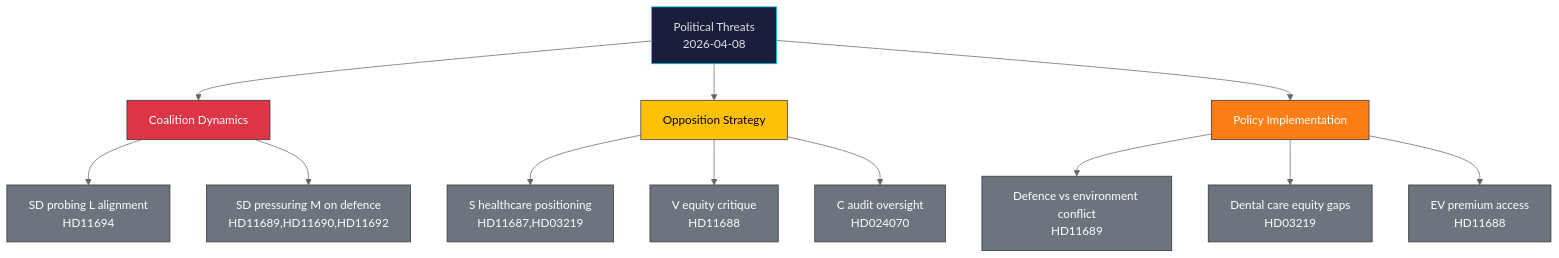
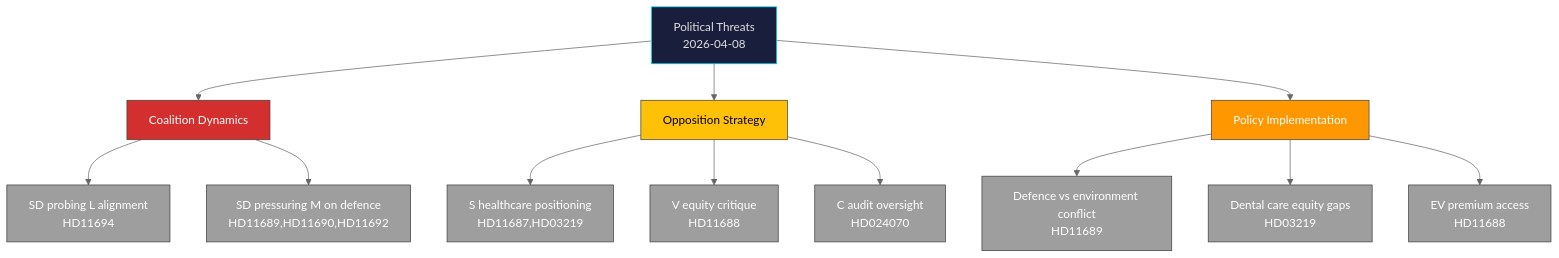
Before and after one commit to Hack23/riksdagsmonitor: the diagram in analysis/daily/2026-04-08/realtime-1027/threat-analysis.md, drawn with Mermaid (neutral theme). The commit also changed 785 other files, not shown here.

First line of the commit message:
Normalize mermaid colors across 786 analysis artifacts to ISMS Style Guide palette

````diff
--- a/analysis/daily/2026-04-08/realtime-1027/threat-analysis.md
+++ b/analysis/daily/2026-04-08/realtime-1027/threat-analysis.md
@@ -10,30 +10,30 @@
 ```mermaid
 graph TD
     A["Political Threats<br/>2026-04-08"] --> B["Coalition Dynamics"]
     A --> C["Opposition Strategy"]
     A --> D["Policy Implementation"]
     
     B --> B1["SD probing L alignment<br/>HD11694"]
     B --> B2["SD pressuring M on defence<br/>HD11689,HD11690,HD11692"]
     
     C --> C1["S healthcare positioning<br/>HD11687,HD03219"]
     C --> C2["V equity critique<br/>HD11688"]
     C --> C3["C audit oversight<br/>HD024070"]
     
     D --> D1["Defence vs environment conflict<br/>HD11689"]
     D --> D2["Dental care equity gaps<br/>HD03219"]
     D --> D3["EV premium access<br/>HD11688"]
     
     style A fill:#1a1e3d,stroke:#00d9ff,color:#e0e0e0
-    style B fill:#dc3545,stroke:#333,color:#fff
-    style C fill:#ffc107,stroke:#333,color:#000
-    style D fill:#fd7e14,stroke:#333,color:#fff
-    style B1 fill:#6c757d,stroke:#333,color:#fff
-    style B2 fill:#6c757d,stroke:#333,color:#fff
-    style C1 fill:#6c757d,stroke:#333,color:#fff
-    style C2 fill:#6c757d,stroke:#333,color:#fff
-    style C3 fill:#6c757d,stroke:#333,color:#fff
-    style D1 fill:#6c757d,stroke:#333,color:#fff
-    style D2 fill:#6c757d,stroke:#333,color:#fff
-    style D3 fill:#6c757d,stroke:#333,color:#fff
+    style B fill:#D32F2F,stroke:#424242,color:#FFFFFF
+    style C fill:#FFC107,stroke:#424242,color:#000000
+    style D fill:#FF9800,stroke:#424242,color:#FFFFFF
+    style B1 fill:#9E9E9E,stroke:#424242,color:#FFFFFF
+    style B2 fill:#9E9E9E,stroke:#424242,color:#FFFFFF
+    style C1 fill:#9E9E9E,stroke:#424242,color:#FFFFFF
+    style C2 fill:#9E9E9E,stroke:#424242,color:#FFFFFF
+    style C3 fill:#9E9E9E,stroke:#424242,color:#FFFFFF
+    style D1 fill:#9E9E9E,stroke:#424242,color:#FFFFFF
+    style D2 fill:#9E9E9E,stroke:#424242,color:#FFFFFF
+    style D3 fill:#9E9E9E,stroke:#424242,color:#FFFFFF
 ```
````
